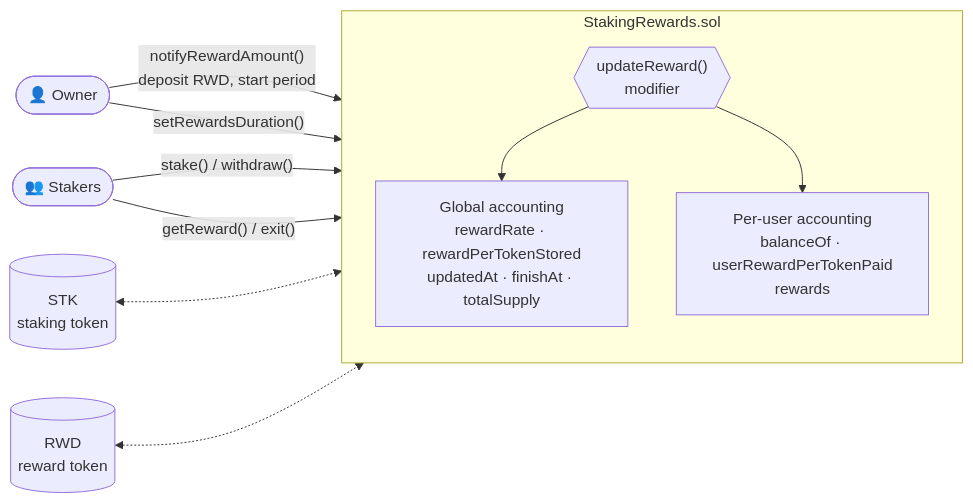
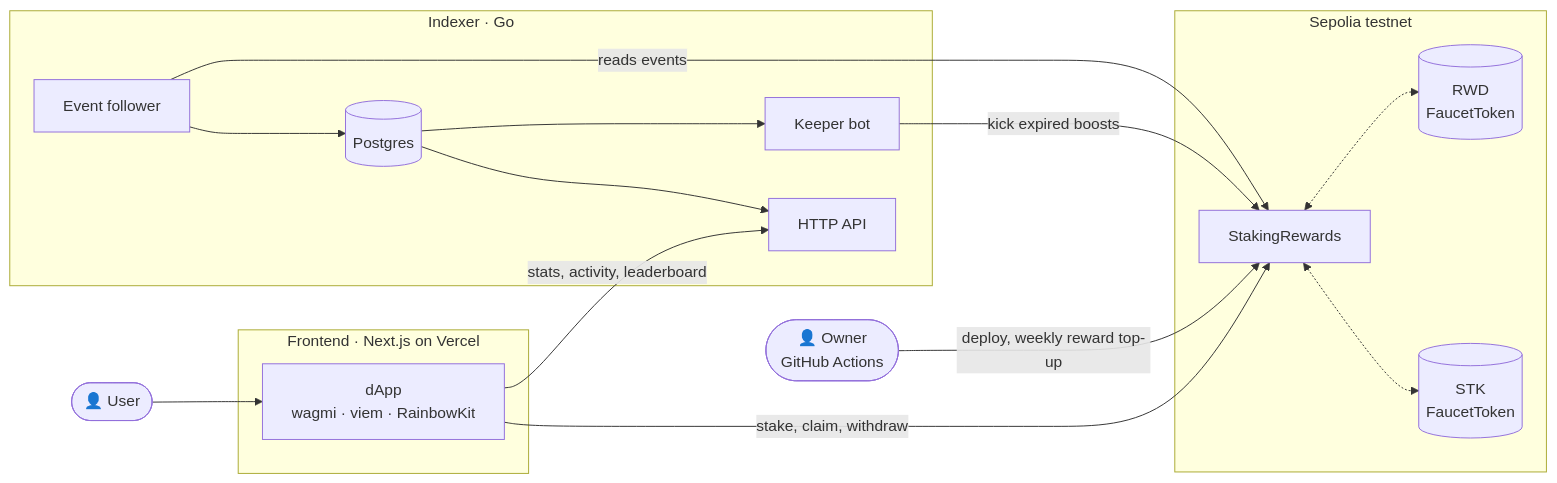
The diagram in README.md (rajdama/staking-rewards), drawn with Mermaid before and after one commit. The commit also changed other lines of this file and 1 other file, not shown here.

````diff
--- a/README.md
+++ b/README.md
@@ -75,25 +61,34 @@
 ```mermaid
 flowchart LR
-    Owner(["👤 Owner"])
-    Users(["👥 Stakers"])
+    User(["👤 User"])
+    Owner(["👤 Owner<br/>GitHub Actions"])
 
-    subgraph Contract["StakingRewards.sol"]
-        direction TB
-        Acc["Global accounting<br/>rewardRate · rewardPerTokenStored<br/>updatedAt · finishAt · totalSupply"]
-        Per["Per-user accounting<br/>balanceOf · userRewardPerTokenPaid<br/>rewards"]
-        Mod{{"updateReward()<br/>modifier"}}
-        Mod --> Acc
-        Mod --> Per
+    subgraph Web["Frontend · Next.js on Vercel"]
+        UI["dApp<br/>wagmi · viem · RainbowKit"]
     end
 
-    STK[("STK<br/>staking token")]
-    RWD[("RWD<br/>reward token")]
+    subgraph Chain["Sepolia testnet"]
+        SR["StakingRewards"]
+        STK[("STK<br/>FaucetToken")]
+        RWD[("RWD<br/>FaucetToken")]
+        SR <-.-> STK
+        SR <-.-> RWD
+    end
 
-    Owner -- "notifyRewardAmount()<br/>deposit RWD, start period" --> Contract
-    Owner -- "setRewardsDuration()" --> Contract
-    Users -- "stake() / withdraw()" --> Contract
-    Users -- "getReward() / exit()" --> Contract
+    subgraph Backend["Indexer · Go"]
+        IX["Event follower"]
+        API["HTTP API"]
+        KP["Keeper bot"]
+        DB[("Postgres")]
+        IX --> DB
+        DB --> API
+        DB --> KP
+    end
 
-    STK <-.-> Contract
-    RWD <-.-> Contract
+    User --> UI
+    UI -- "stake, claim, withdraw" --> SR
+    UI -- "stats, activity, leaderboard" --> API
+    IX -- "reads events" --> SR
+    KP -- "kick expired boosts" --> SR
+    Owner -- "deploy, weekly reward top-up" --> SR
 ```
````
